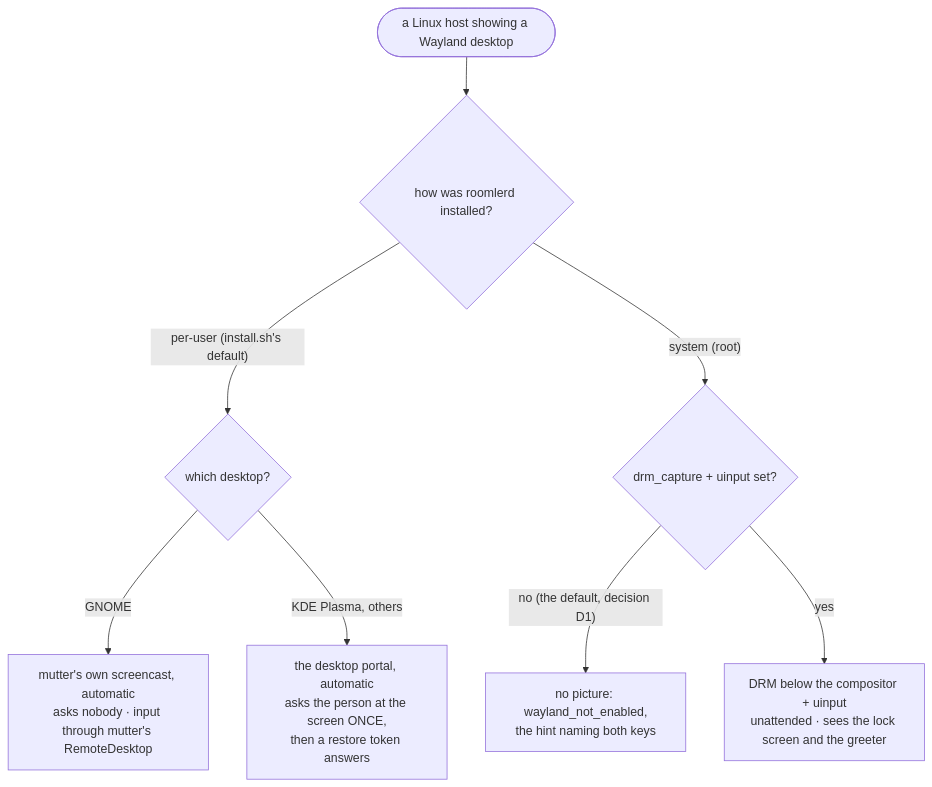
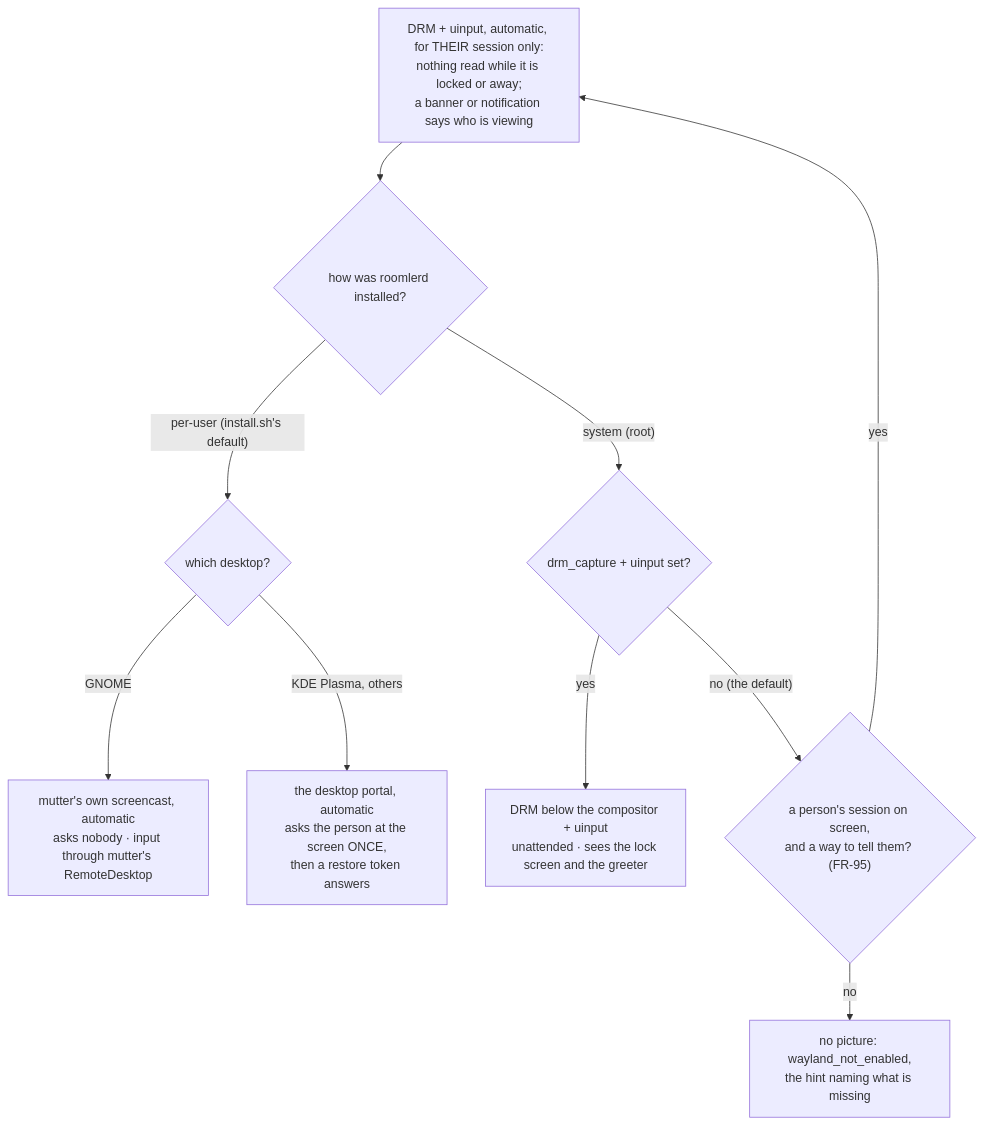
Before and after one commit to gjovanov/roomler-ai: the first of 2 diagrams in docs/wayland.md, drawn with Mermaid. The commit also changed other lines of this file and 32 other files, not shown here.

````diff
--- a/docs/wayland.md
+++ b/docs/wayland.md
@@ -19,10 +19,12 @@
 ```mermaid
 flowchart TD
     A([a Linux host showing a Wayland desktop]) --> I{"how was roomlerd installed?"}
     I -- "per-user (install.sh's default)" --> D{"which desktop?"}
     D -- "GNOME" --> M["mutter's own screencast, automatic<br/>asks nobody · input through mutter's RemoteDesktop"]
     D -- "KDE Plasma, others" --> P["the desktop portal, automatic<br/>asks the person at the screen ONCE,<br/>then a restore token answers"]
     I -- "system (root)" --> K{"drm_capture + uinput set?"}
-    K -- "no (the default, decision D1)" --> W["no picture: wayland_not_enabled,<br/>the hint naming both keys"]
     K -- "yes" --> R["DRM below the compositor + uinput<br/>unattended · sees the lock screen and the greeter"]
+    K -- "no (the default)" --> T{"a person's session on screen,<br/>and a way to tell them? (FR-95)"}
+    T -- "yes" --> A["DRM + uinput, automatic, for THEIR session only:<br/>nothing read while it is locked or away;<br/>a banner or notification says who is viewing"]
+    T -- "no" --> W["no picture: wayland_not_enabled,<br/>the hint naming what is missing"]
 ```
````
